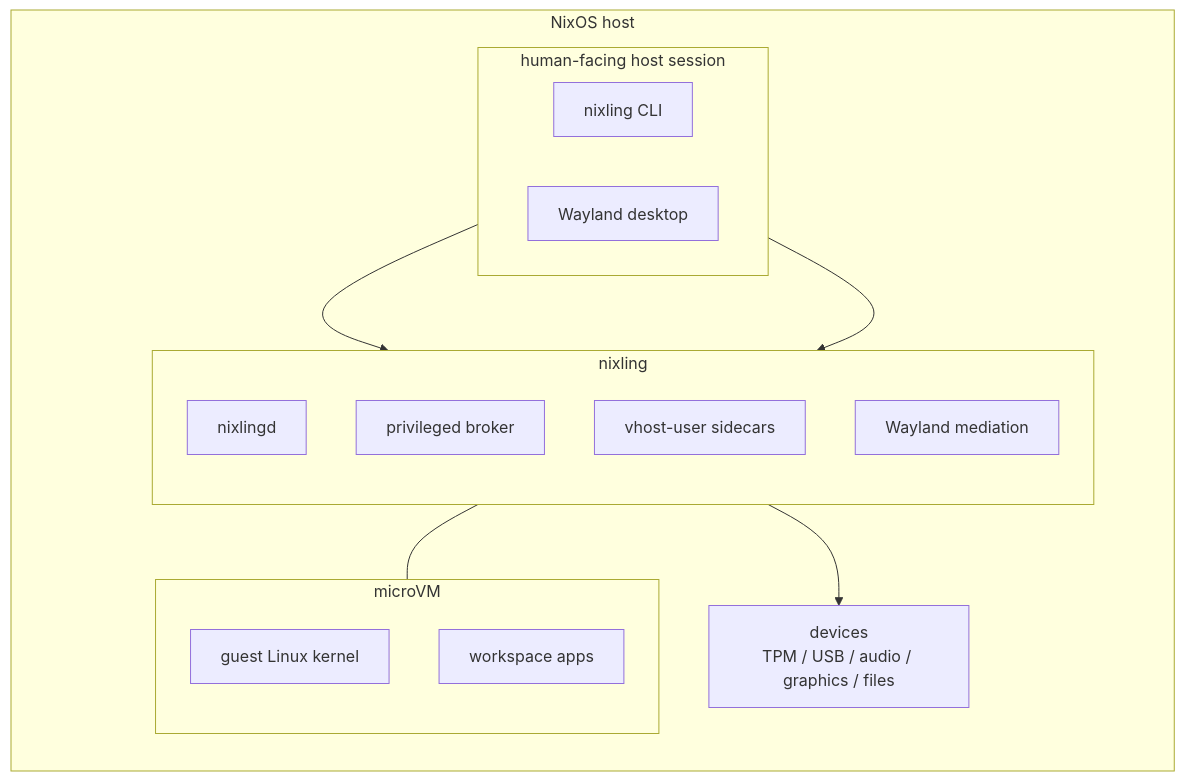
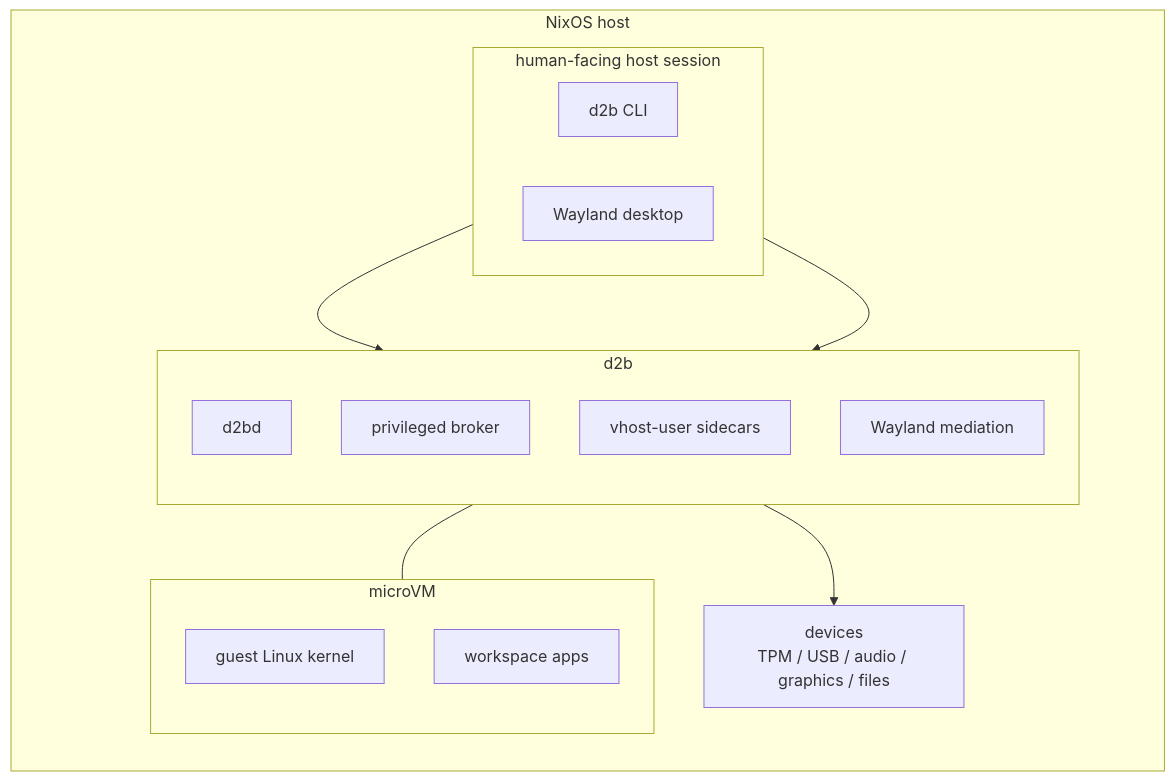
The diagram in README.md (vicondoa/d2b), drawn with Mermaid before and after one commit. The commit also changed other lines of this file and 1577 other files, not shown here.

````diff
--- a/README.md
+++ b/README.md
@@ -42,32 +48,32 @@
 ```mermaid
 flowchart TB
     subgraph host["NixOS host"]
         direction TB
         subgraph human["human-facing host session"]
             direction LR
-            cli["nixling CLI"]
+            cli["d2b CLI"]
             desktop["Wayland desktop"]
         end
 
         devices["devices<br/>TPM / USB / audio / graphics / files"]
 
-        subgraph nixling_box["nixling"]
+        subgraph d2b_box["d2b"]
             direction TB
-            nixlingd["nixlingd"]
+            d2bd["d2bd"]
             broker["privileged broker"]
             vhost["vhost-user sidecars"]
             wayland["Wayland mediation"]
         end
 
         subgraph vm["microVM"]
             direction TB
             kernel["guest Linux kernel"]
             apps["workspace apps"]
         end
     end
 
-    cli --> nixlingd
+    cli --> d2bd
     desktop --> wayland
     vhost --> devices
-    nixling_box --- vm
+    d2b_box --- vm
 ```
````
